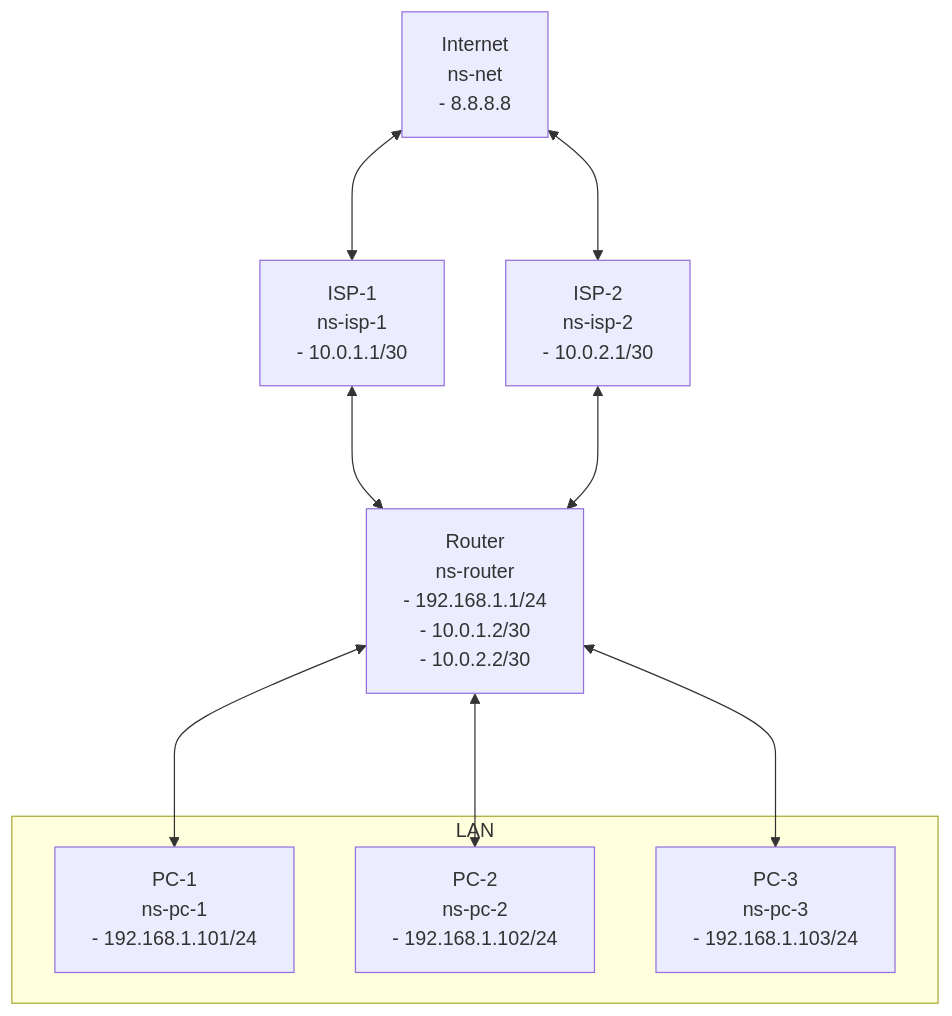
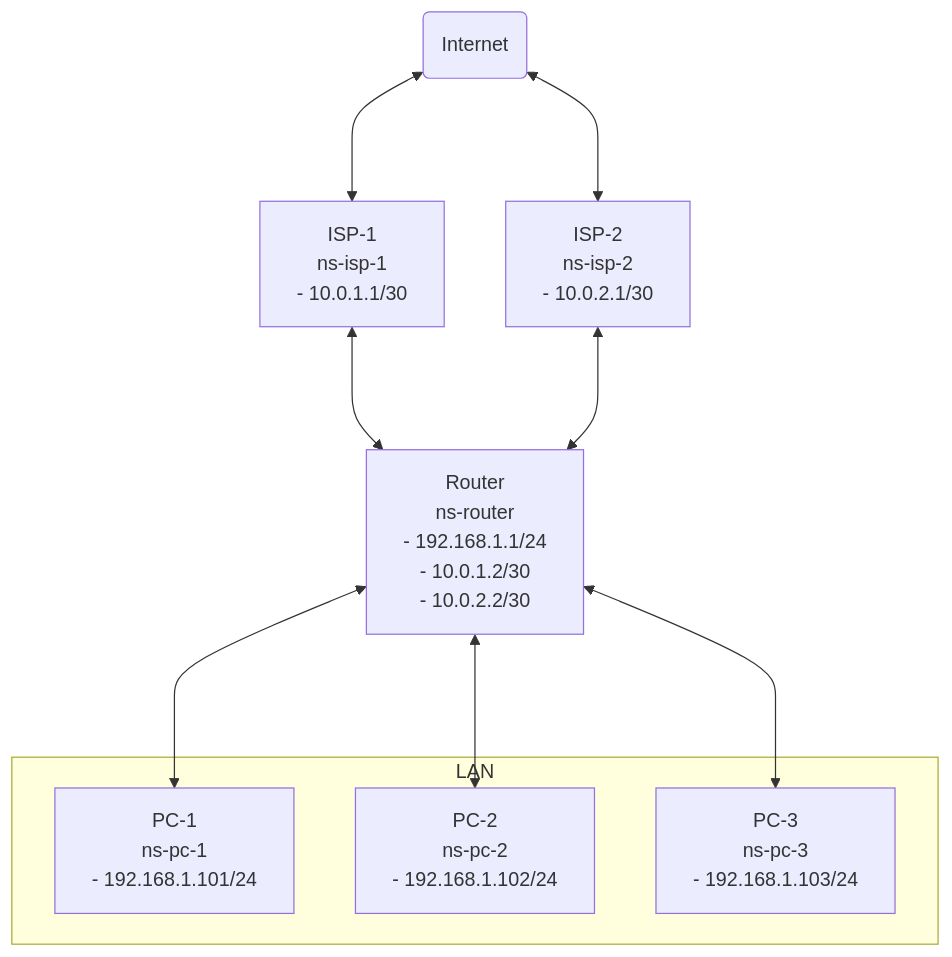
The diagram in docs/01-policy-routing.md (twdamhore/virtual-switch-lab), drawn with Mermaid before and after one commit.

Commit message:
Fix diagram syntax for Internet node in policy routing
Updated the diagram syntax for the Internet node.

````diff
--- a/docs/01-policy-routing.md
+++ b/docs/01-policy-routing.md
@@ -29,23 +29,23 @@
 ```mermaid
 graph TD
-    Internet["Internet<br>ns-net<br>- 8.8.8.8"]
+    Internet("Internet")
     
     ISP1["ISP-1<br>ns-isp-1<br>- 10.0.1.1/30"]
     ISP2["ISP-2<br>ns-isp-2<br>- 10.0.2.1/30"]
     
     Bridge["Router<br>ns-router<br>- 192.168.1.1/24<br>- 10.0.1.2/30<br>- 10.0.2.2/30"]
     
     subgraph LAN
         PC1["PC-1<br>ns-pc-1<br>- 192.168.1.101/24"]
         PC2["PC-2<br>ns-pc-2<br>- 192.168.1.102/24"]
         PC3["PC-3<br>ns-pc-3<br>- 192.168.1.103/24"]
     end
     
     Internet <---> ISP1
     Internet <---> ISP2
     ISP1 <---> Bridge
     ISP2 <---> Bridge
     Bridge <---> PC1
     Bridge <---> PC2
     Bridge <---> PC3
 ```
````
